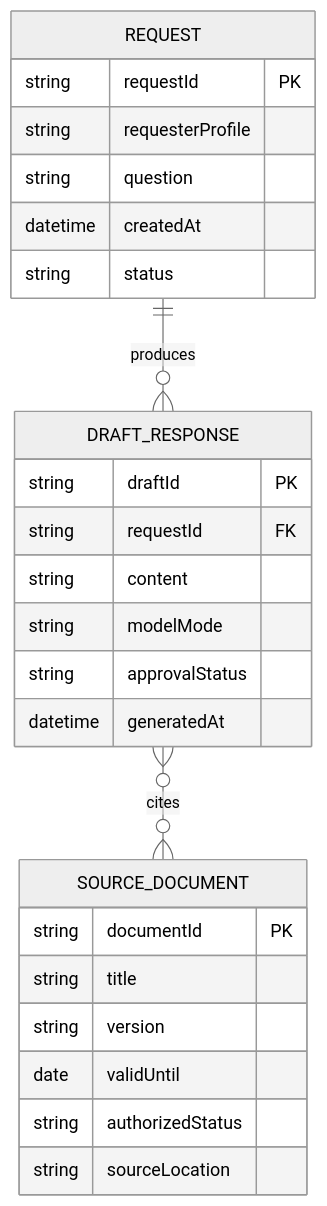
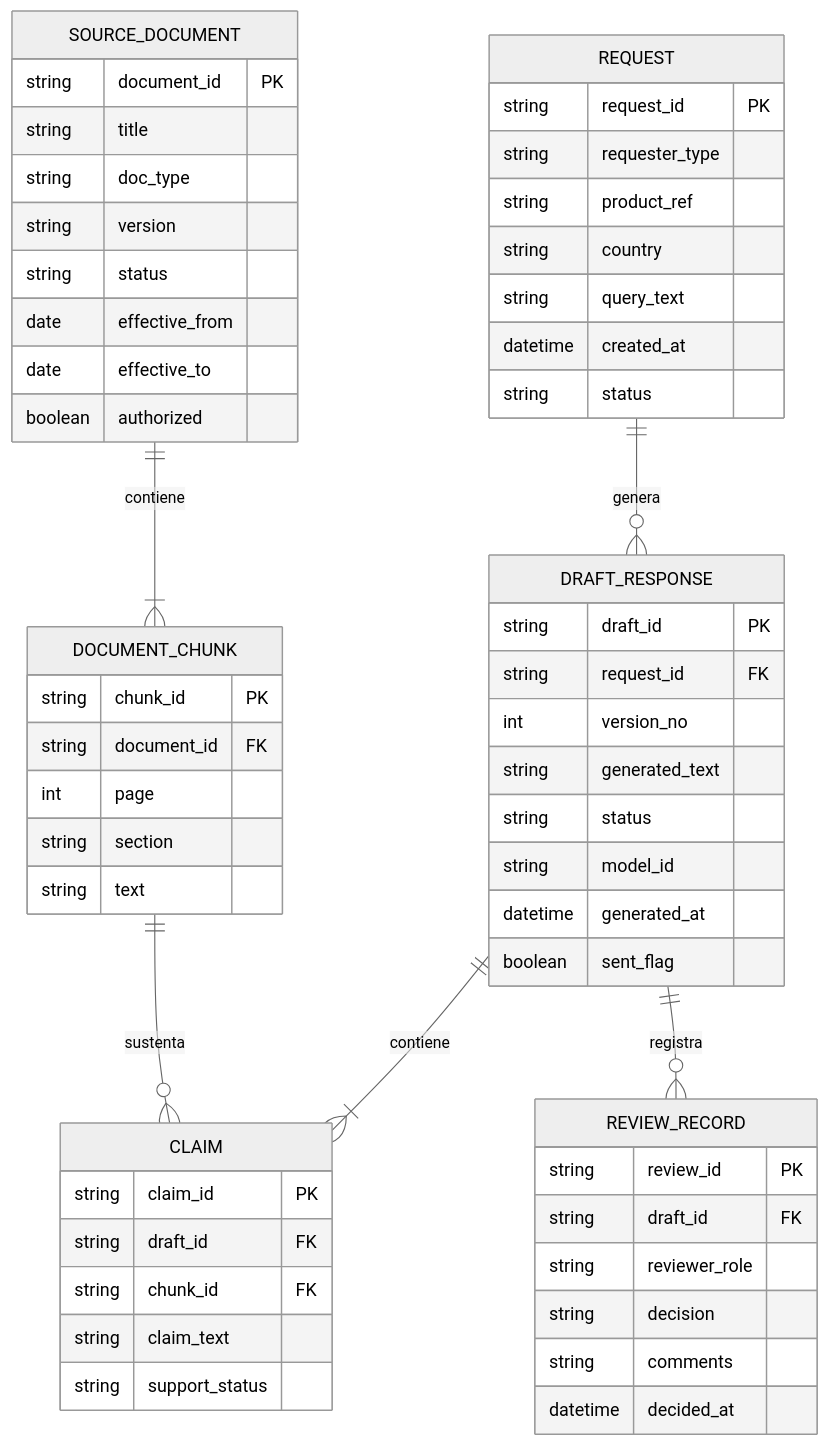
One commit to jmlpspec/FarmaNova-Hito1-A08 changed the second of 3 diagrams in docs/03-diagramas.md. Above: the diagram before and after it, drawn with Mermaid (neutral theme). The commit also changed other lines of this file and 2 other files, not shown here.

````diff
--- a/docs/03-diagramas.md
+++ b/docs/03-diagramas.md
@@ -30,8 +44,59 @@
 ```mermaid
 erDiagram
-REQUEST ||--o{ DRAFT_RESPONSE : produces
-DRAFT_RESPONSE }o--o{ SOURCE_DOCUMENT : cites
-REQUEST { string requestId PK string requesterProfile string question datetime createdAt string status }
-DRAFT_RESPONSE { string draftId PK string requestId FK string content string modelMode string approvalStatus datetime generatedAt }
-SOURCE_DOCUMENT { string documentId PK string title string version date validUntil string authorizedStatus string sourceLocation }
+  REQUEST ||--o{ DRAFT_RESPONSE : genera
+  SOURCE_DOCUMENT ||--|{ DOCUMENT_CHUNK : contiene
+  DRAFT_RESPONSE ||--|{ CLAIM : contiene
+  DOCUMENT_CHUNK ||--o{ CLAIM : sustenta
+  DRAFT_RESPONSE ||--o{ REVIEW_RECORD : registra
+  REQUEST {
+    string request_id PK
+    string requester_type
+    string product_ref
+    string country
+    string query_text
+    datetime created_at
+    string status
+  }
+  SOURCE_DOCUMENT {
+    string document_id PK
+    string title
+    string doc_type
+    string version
+    string status
+    date effective_from
+    date effective_to
+    boolean authorized
+  }
+  DRAFT_RESPONSE {
+    string draft_id PK
+    string request_id FK
+    int version_no
+    string generated_text
+    string status
+    string model_id
+    datetime generated_at
+    boolean sent_flag
+  }
+  DOCUMENT_CHUNK {
+    string chunk_id PK
+    string document_id FK
+    int page
+    string section
+    string text
+  }
+  CLAIM {
+    string claim_id PK
+    string draft_id FK
+    string chunk_id FK
+    string claim_text
+    string support_status
+  }
+  REVIEW_RECORD {
+    string review_id PK
+    string draft_id FK
+    string reviewer_role
+    string decision
+    string comments
+    datetime decided_at
+  }
 ```
````
